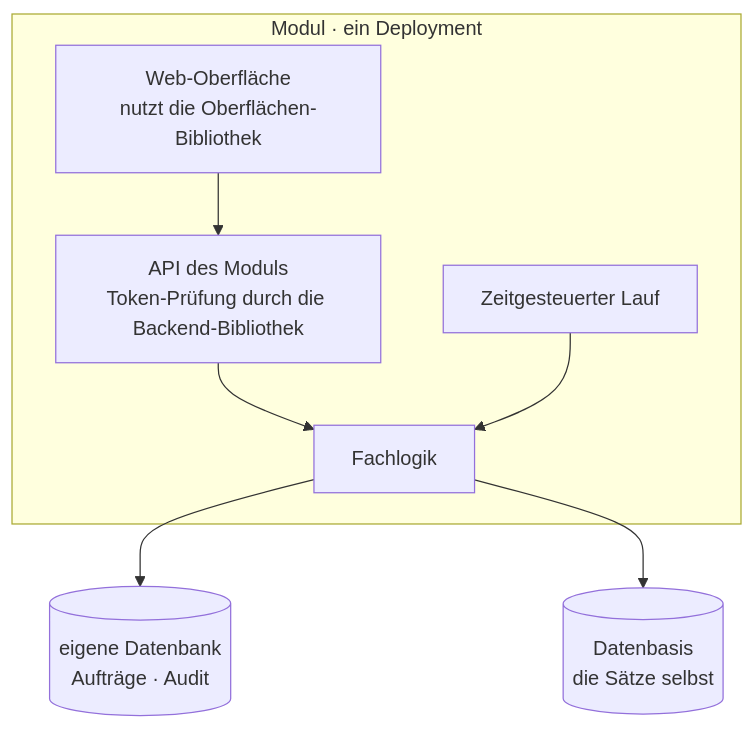
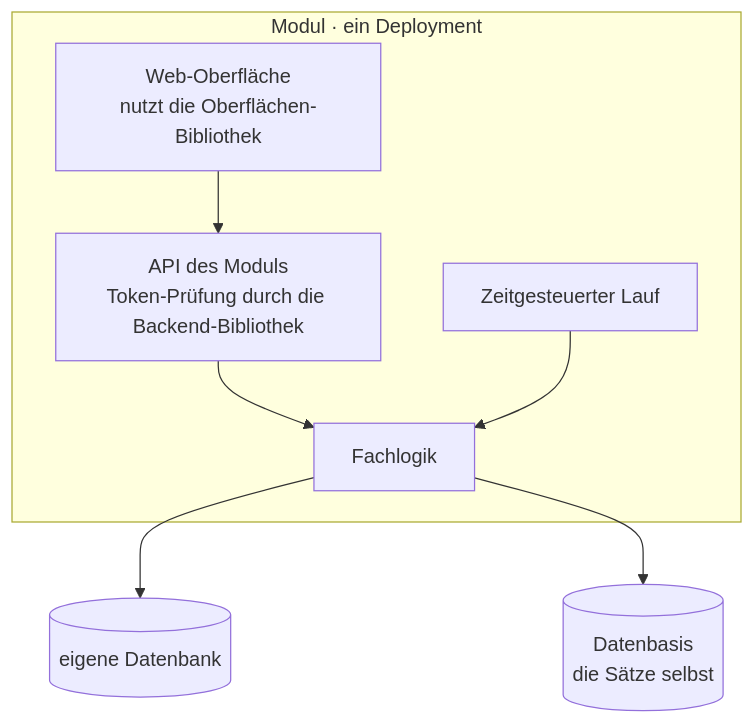
One commit to tiri/reference-architecture changed the eighth of 15 diagrams in arch-docs/README.md. Above: the diagram before and after it, drawn with Mermaid. The commit also changed other lines of this file and 91 other files, not shown here.

````diff
--- a/arch-docs/README.md
+++ b/arch-docs/README.md
@@ -412,13 +390,13 @@
 ```mermaid
 flowchart TB
     subgraph M[Modul · ein Deployment]
         SPA[Web-Oberfläche<br/>nutzt die Oberflächen-Bibliothek]
         API[API des Moduls<br/>Token-Prüfung durch die Backend-Bibliothek]
         FL[Fachlogik]
         BAT[Zeitgesteuerter Lauf]
     end
     SPA --> API --> FL
     BAT --> FL
-    FL --> DB[(eigene Datenbank<br/>Aufträge · Audit)]
+    FL --> DB[(eigene Datenbank)]
     FL --> PLAT[(Datenbasis<br/>die Sätze selbst)]
 ```
````
